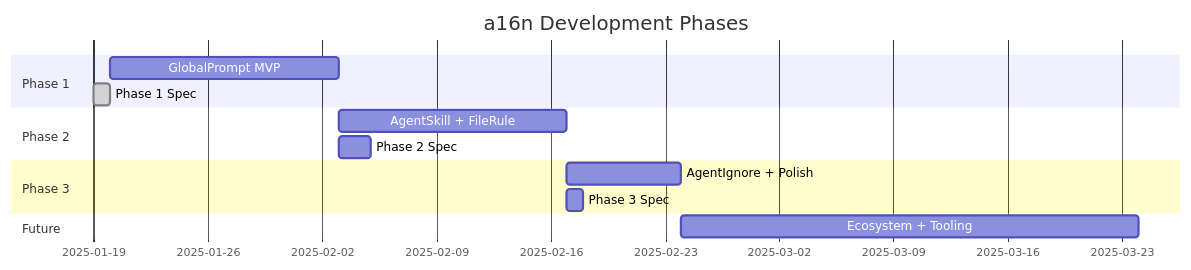
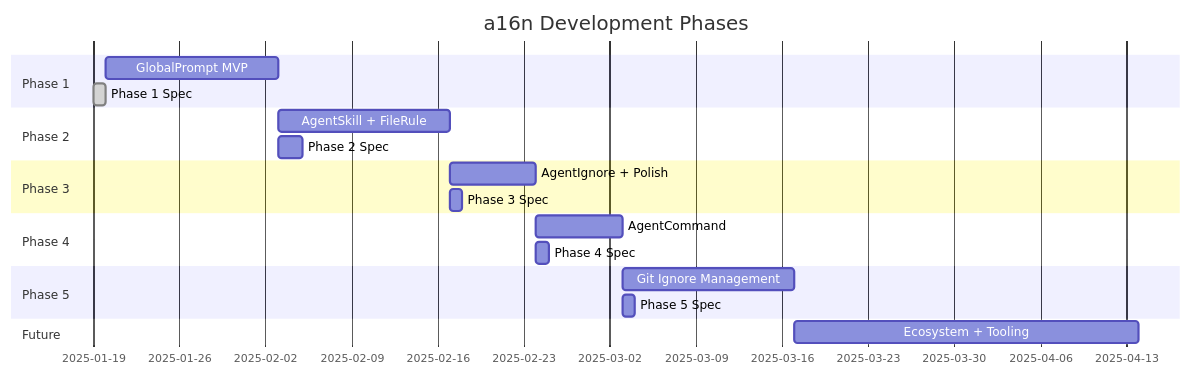
One commit to Texarkanine/a16n changed the first of 2 diagrams in planning/ROADMAP.md. Above: the diagram before and after it, drawn with Mermaid. The commit also changed other lines of this file and 1 other file, not shown here.

Commit message:
feat(docs): Roadmap phase 4, 5 and a future

````diff
--- a/planning/ROADMAP.md
+++ b/planning/ROADMAP.md
@@ -7,16 +7,22 @@
 ```mermaid
 gantt
     title a16n Development Phases
     dateFormat  YYYY-MM-DD
     section Phase 1
         GlobalPrompt MVP           :p1, 2025-01-20, 2w
         Phase 1 Spec: done, p1spec, 2025-01-19, 1d
     section Phase 2
         AgentSkill + FileRule      :p2, after p1, 2w
         Phase 2 Spec               :p2spec, after p1, 2d
     section Phase 3
         AgentIgnore + Polish       :p3, after p2, 1w
         Phase 3 Spec               :p3spec, after p2, 1d
+    section Phase 4
+        AgentCommand               :p4, after p3, 1w
+        Phase 4 Spec               :p4spec, after p3, 1d
+    section Phase 5
+        Git Ignore Management      :p5, after p4, 2w
+        Phase 5 Spec               :p5spec, after p4, 1d
     section Future
-        Ecosystem + Tooling        :p4, after p3, 4w
+        Ecosystem + Tooling        :p6, after p5, 4w
 ```
````
